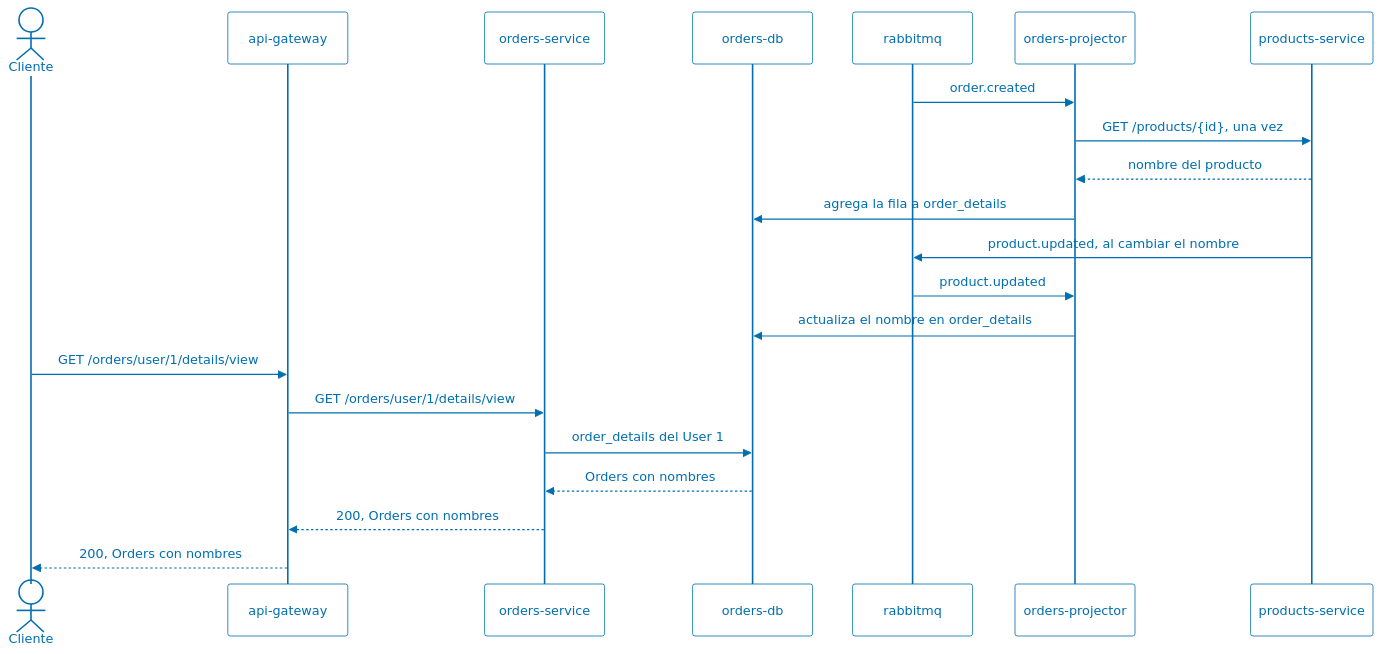
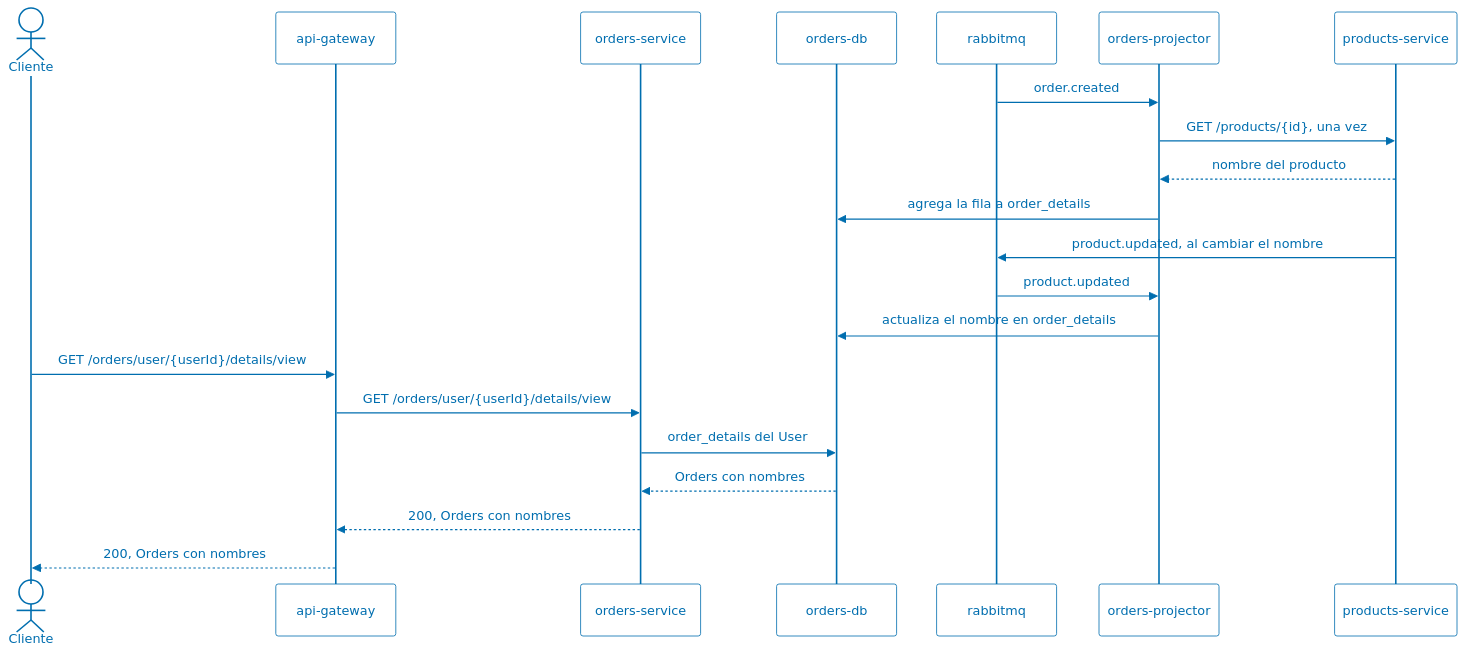
Before and after one commit to ucudal/ANDIS2_UT4_DEMO1: the third of 3 diagrams in ARCHITECTURE.md, drawn with Mermaid. The commit also changed other lines of this file and 116 other files, not shown here.

````diff
--- a/ARCHITECTURE.md
+++ b/ARCHITECTURE.md
@@ -255,57 +255,57 @@
 ```mermaid
 ---
 config:
   theme: base
   themeVariables:
     fontSize: 14px
     background: transparent
     mainBkg: transparent
     secondaryColor: transparent
     tertiaryColor: transparent
     clusterBkg: transparent
     clusterBorder: '#006EAF'
     edgeLabelBackground: transparent
     primaryTextColor: '#006EAF'
     primaryBorderColor: '#006EAF'
     nodeBorder: '#006EAF'
     textColor: '#006EAF'
     titleColor: '#006EAF'
     lineColor: '#006EAF'
     actorBkg: transparent
     actorBorder: '#006EAF'
     actorTextColor: '#006EAF'
     actorLineColor: '#006EAF'
     signalColor: '#006EAF'
     signalTextColor: '#006EAF'
     labelBoxBkgColor: transparent
     labelBoxBorderColor: '#006EAF'
     labelTextColor: '#006EAF'
     loopTextColor: '#006EAF'
     useGradient: false
     dropShadow: false
 ---
 sequenceDiagram
     actor C as Cliente
     participant GW as api-gateway
     participant O as orders-service
     participant ODB as orders-db
     participant MQ as rabbitmq
     participant V as orders-projector
     participant P as products-service
 
     MQ->>V: order.created
     V->>P: GET /products/{id}, una vez
     P-->>V: nombre del producto
     V->>ODB: agrega la fila a order_details
 
     P->>MQ: product.updated, al cambiar el nombre
     MQ->>V: product.updated
     V->>ODB: actualiza el nombre en order_details
 
-    C->>GW: GET /orders/user/1/details/view
-    GW->>O: GET /orders/user/1/details/view
-    O->>ODB: order_details del User 1
+    C->>GW: GET /orders/user/{userId}/details/view
+    GW->>O: GET /orders/user/{userId}/details/view
+    O->>ODB: order_details del User
     ODB-->>O: Orders con nombres
     O-->>GW: 200, Orders con nombres
     GW-->>C: 200, Orders con nombres
 ```
````
